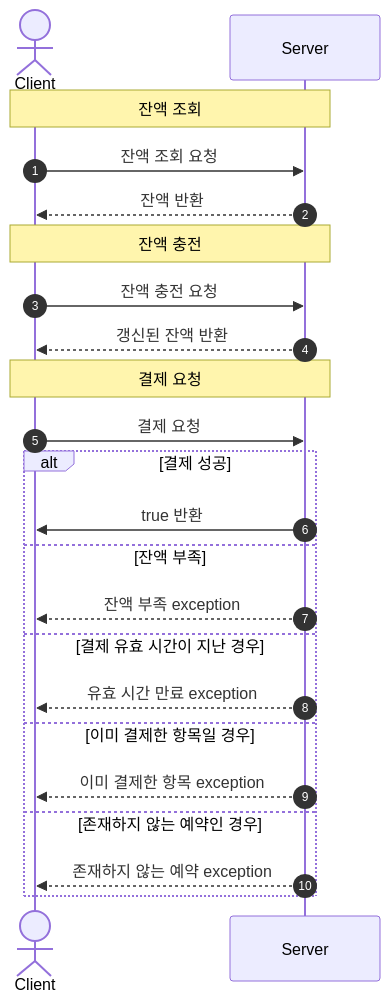
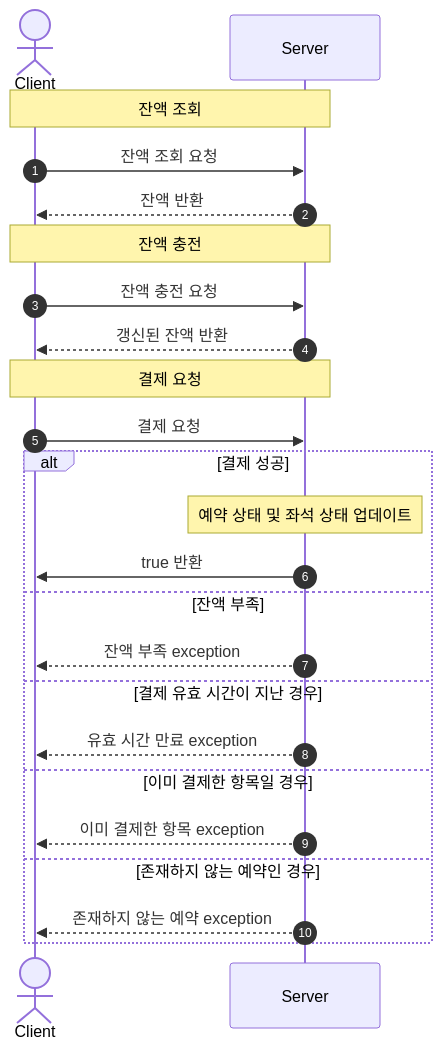
Before and after one commit to dlwlsh92/concert-reservation: the third of 3 diagrams in README.md, drawn with Mermaid. The commit also changed other lines of this file, not shown here.

````diff
--- a/README.md
+++ b/README.md
@@ -138,32 +139,33 @@
    ```mermaid
        sequenceDiagram
         autonumber
         actor cl as Client
         participant Server
         
         note over cl, Server: 잔액 조회
     
         cl ->> Server: 잔액 조회 요청
         Server -->> cl: 잔액 반환
     
         note over cl, Server: 잔액 충전
     
         cl ->> Server: 잔액 충전 요청
         Server -->> cl: 갱신된 잔액 반환
     
         note over cl, Server: 결제 요청
     
         cl ->> Server: 결제 요청
     
         alt 결제 성공
+            note over Server: 예약 상태 및 좌석 상태 업데이트
             Server ->> cl: true 반환
         else 잔액 부족
             Server -->> cl: 잔액 부족 exception
         else 결제 유효 시간이 지난 경우
             Server -->> cl: 유효 시간 만료 exception
         else 이미 결제한 항목일 경우
             Server -->> cl: 이미 결제한 항목 exception
         else 존재하지 않는 예약인 경우
             Server -->> cl: 존재하지 않는 예약 exception
         end
    ```
````
